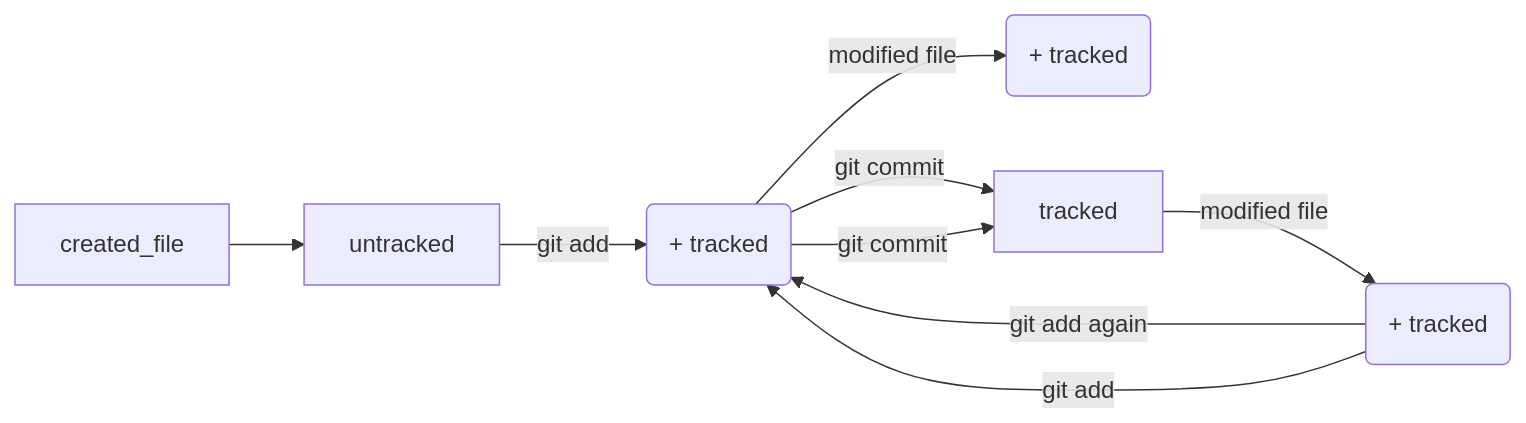
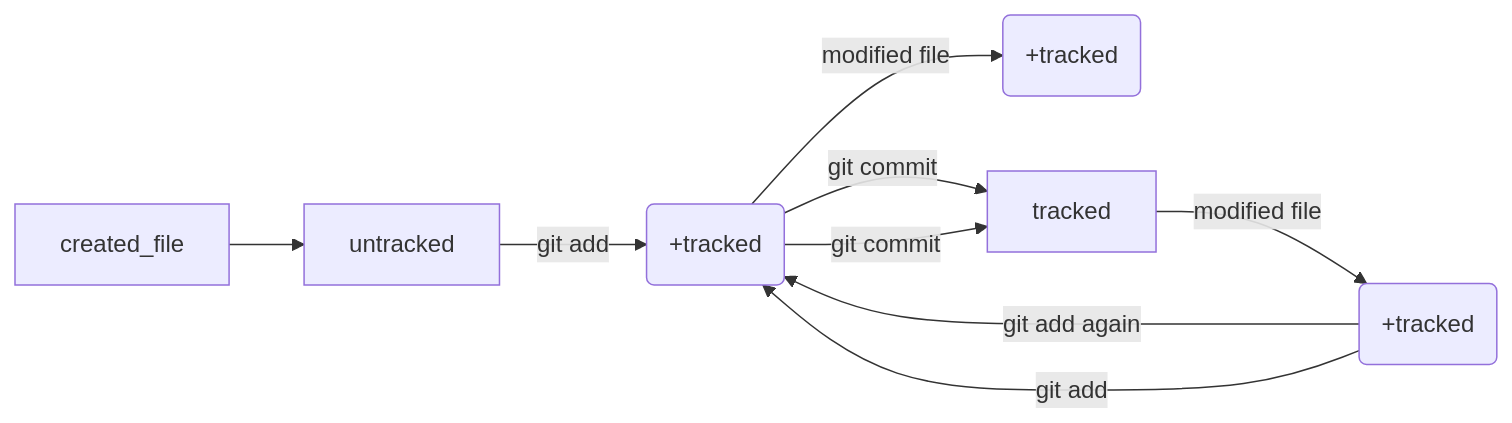
Before and after one commit to vil-shavetail/git-helper: the diagram in README.md, drawn with Mermaid.

Commit message:
Исправление информации о статусах в шпаргалки, убраны лишиние пробелы

````diff
--- a/README.md
+++ b/README.md
@@ -85,11 +85,11 @@
 ```mermaid
 graph LR;
   created_file --> untracked; 
-  untracked -- "git add"       --> staged(+ tracked);
-  staged    -- "modified file" --> staged/modified(+ tracked);
-  modified  -- "git add again" --> staged(+ tracked);
+  untracked -- "git add"       --> staged(+tracked);
+  staged    -- "modified file" --> staged/modified(+tracked);
+  modified  -- "git add again" --> staged(+tracked);
   staged    -- "git commit"    --> tracked;
-  tracked   -- "modified file" --> modified(+ tracked);
-  modified  -- "git add"       --> staged(+ tracked);
+  tracked   -- "modified file" --> modified(+tracked);
+  modified  -- "git add"       --> staged(+tracked);
   staged    -- "git commit"    --> tracked; 
 ``` 
````
